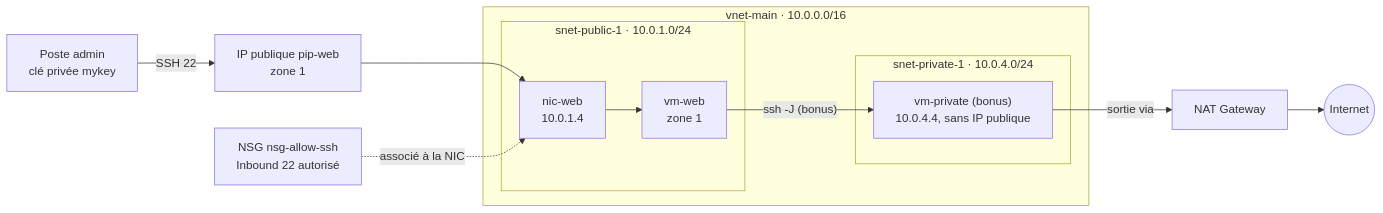
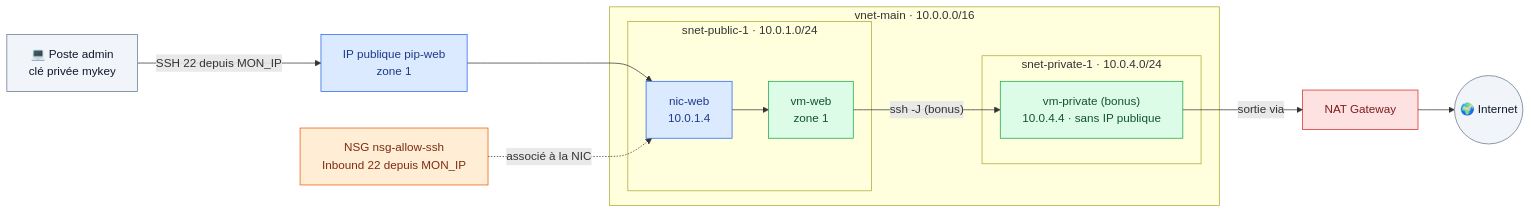
One commit to hajjiBel/terraform-azure-labs changed the diagram in lab16-vm-dans-vnet.md. Above: the diagram before and after it, drawn with Mermaid. The commit also changed other lines of this file and 158 other files, not shown here.

````diff
--- a/lab16-vm-dans-vnet.md
+++ b/lab16-vm-dans-vnet.md
@@ -17,16 +23,21 @@
 ```mermaid
 flowchart LR
-    ADMIN["Poste admin<br/>clé privée mykey"] -- "SSH 22" --> PIP
+    ADMIN["💻 Poste admin<br/>clé privée mykey"]:::ext -- "SSH 22 depuis MON_IP" --> PIP
     subgraph VNET["vnet-main · 10.0.0.0/16"]
         subgraph P1["snet-public-1 · 10.0.1.0/24"]
-            NIC["nic-web<br/>10.0.1.4"] --> VM["vm-web<br/>zone 1"]
+            NIC["nic-web<br/>10.0.1.4"]:::net --> VM["vm-web<br/>zone 1"]:::compute
         end
         subgraph R1["snet-private-1 · 10.0.4.0/24"]
-            VM2["vm-private (bonus)<br/>10.0.4.4, sans IP publique"]
+            VM2["vm-private (bonus)<br/>10.0.4.4 · sans IP publique"]:::compute
         end
     end
-    PIP["IP publique pip-web<br/>zone 1"] --> NIC
-    NSG["NSG nsg-allow-ssh<br/>Inbound 22 autorisé"] -. "associé à la NIC" .-> NIC
+    PIP["IP publique pip-web<br/>zone 1"]:::net --> NIC
+    NSG["NSG nsg-allow-ssh<br/>Inbound 22 depuis MON_IP"]:::sec -. "associé à la NIC" .-> NIC
     VM -- "ssh -J (bonus)" --> VM2
-    VM2 -- "sortie via" --> NAT["NAT Gateway"] --> INET(("Internet"))
+    VM2 -- "sortie via" --> NAT["NAT Gateway"]:::replace --> INET(("🌍 Internet")):::ext
+    classDef net fill:#dbeafe,stroke:#2563eb,color:#1e3a8a
+    classDef compute fill:#dcfce7,stroke:#16a34a,color:#14532d
+    classDef sec fill:#ffedd5,stroke:#ea580c,color:#7c2d12
+    classDef replace fill:#fee2e2,stroke:#dc2626,color:#7f1d1d
+    classDef ext fill:#f1f5f9,stroke:#64748b,color:#0f172a
 ```
````
